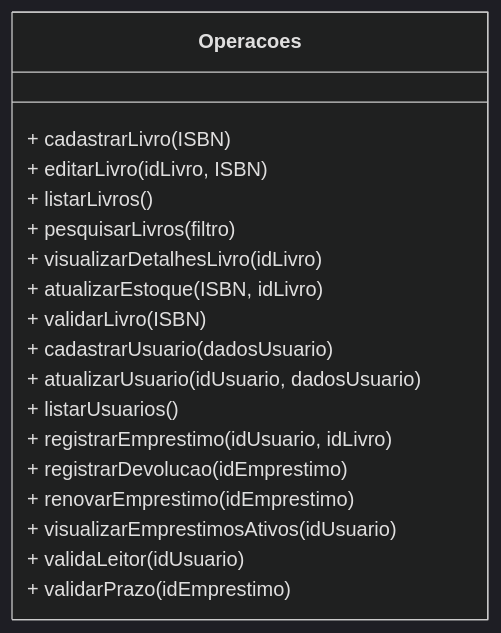
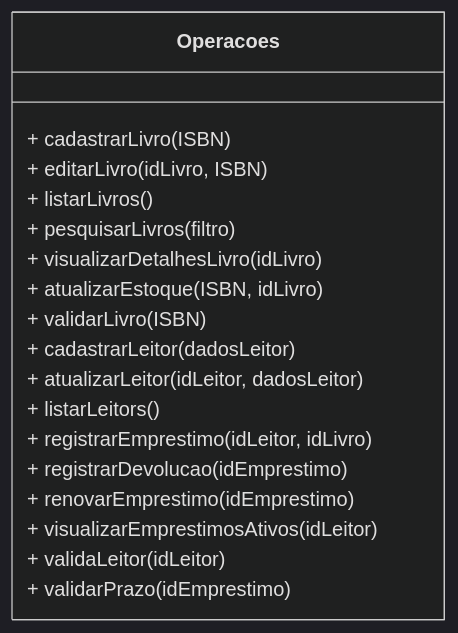
One commit to Marcela1204/CC7532_Bibliomania changed the first of 2 diagrams in lab3/diagrama_componentes_software.md. Above: the diagram before and after it, drawn with Mermaid (dark theme). The commit also changed other lines of this file and 1 other file, not shown here.

````diff
--- a/lab3/diagrama_componentes_software.md
+++ b/lab3/diagrama_componentes_software.md
@@ -65,21 +65,21 @@
 ```mermaid
 classDiagram
     class Operacoes{
         + cadastrarLivro(ISBN)
         + editarLivro(idLivro, ISBN)
         + listarLivros()
         + pesquisarLivros(filtro)
         + visualizarDetalhesLivro(idLivro)
         + atualizarEstoque(ISBN, idLivro)
         + validarLivro(ISBN)
-        + cadastrarUsuario(dadosUsuario)
-        + atualizarUsuario(idUsuario, dadosUsuario)
-        + listarUsuarios()
-        + registrarEmprestimo(idUsuario, idLivro)
+        + cadastrarLeitor(dadosLeitor)
+        + atualizarLeitor(idLeitor, dadosLeitor)
+        + listarLeitors()
+        + registrarEmprestimo(idLeitor, idLivro)
         + registrarDevolucao(idEmprestimo)
         + renovarEmprestimo(idEmprestimo)
-        + visualizarEmprestimosAtivos(idUsuario)
-        + validaLeitor(idUsuario)
+        + visualizarEmprestimosAtivos(idLeitor)
+        + validaLeitor(idLeitor)
         + validarPrazo(idEmprestimo)
     }
 ```
````
